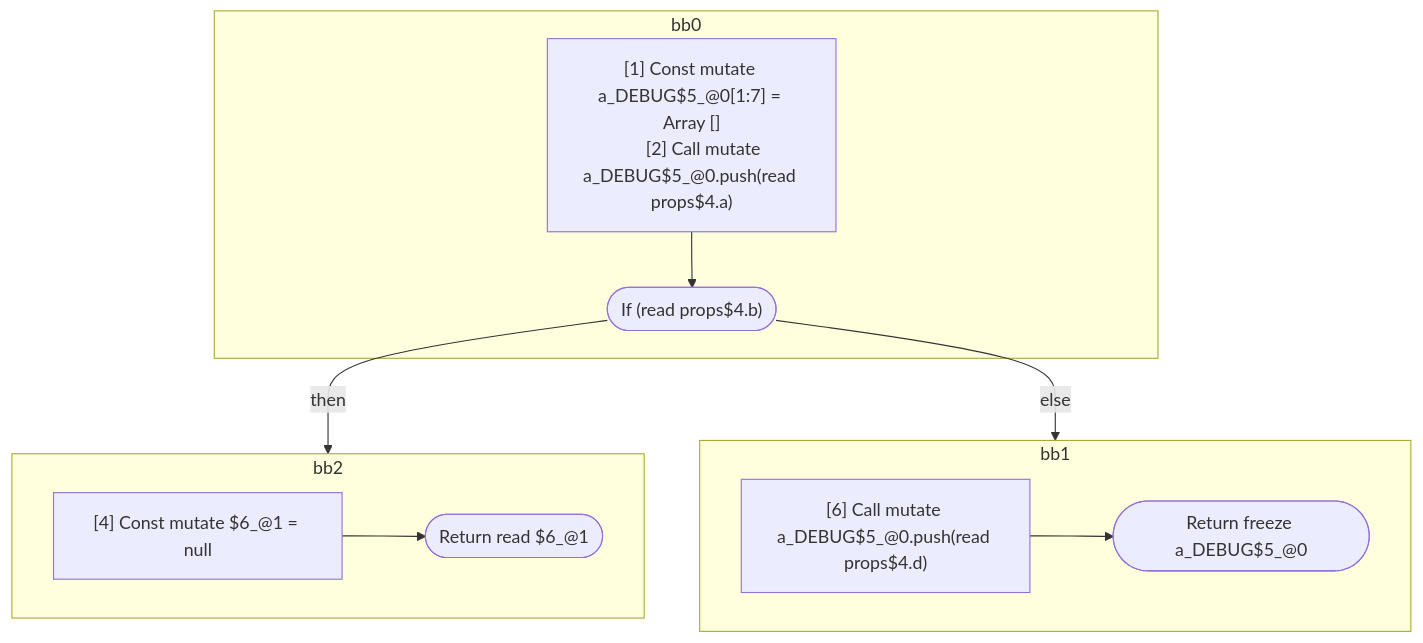
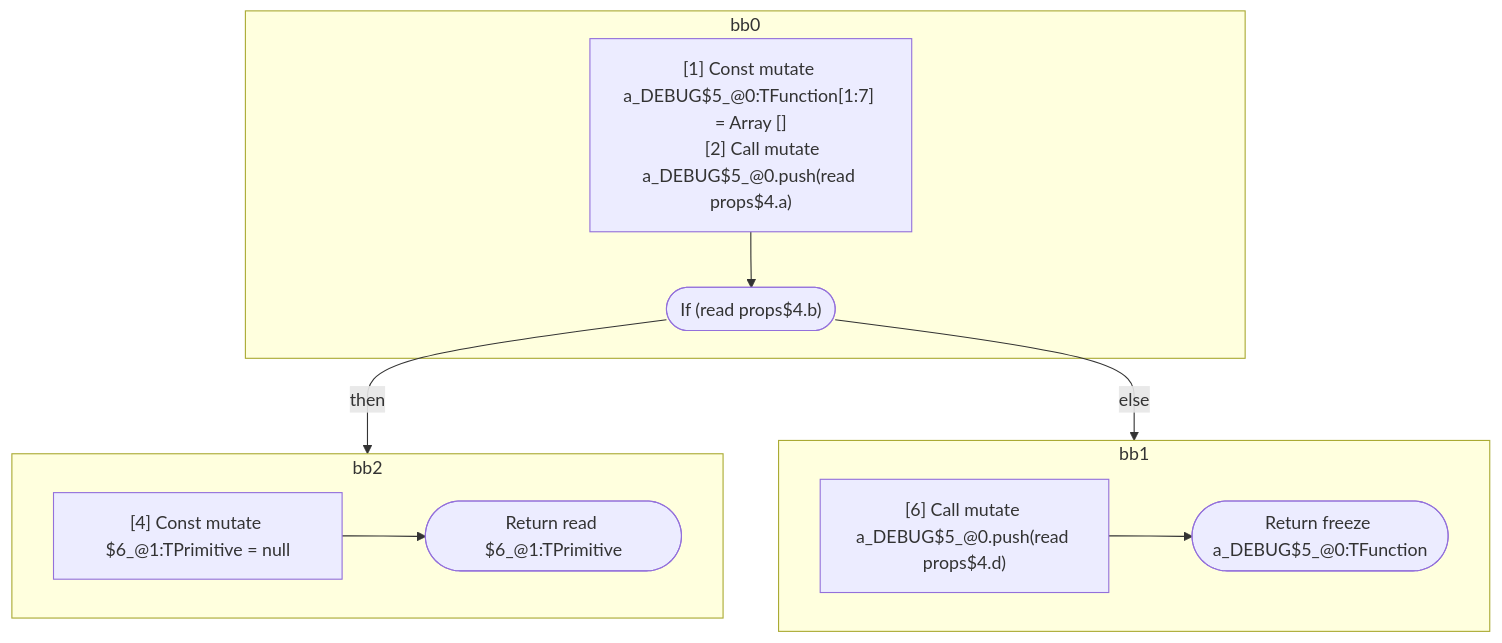
The first of 5 diagrams in compiler/forget/src/__tests__/fixtures/hir/conditional-break.expect.md (wutsmog/private), drawn with Mermaid before and after one commit. The commit also changed other lines of this file and 112 other files, not shown here.

````diff
--- a/compiler/forget/src/__tests__/fixtures/hir/conditional-break.expect.md
+++ b/compiler/forget/src/__tests__/fixtures/hir/conditional-break.expect.md
@@ -120,28 +120,28 @@
 ```mermaid
 flowchart TB
   %% Basic Blocks
   subgraph bb0
     bb0_instrs["
-      [1] Const mutate a_DEBUG$5_@0[1:7] = Array []
+      [1] Const mutate a_DEBUG$5_@0:TFunction[1:7] = Array []
       [2] Call mutate a_DEBUG$5_@0.push(read props$4.a)
     "]
     bb0_instrs --> bb0_terminal(["If (read props$4.b)"])
   end
   subgraph bb2
     bb2_instrs["
-      [4] Const mutate $6_@1 = null
+      [4] Const mutate $6_@1:TPrimitive = null
     "]
-    bb2_instrs --> bb2_terminal(["Return read $6_@1"])
+    bb2_instrs --> bb2_terminal(["Return read $6_@1:TPrimitive"])
   end
   subgraph bb1
     bb1_instrs["
       [6] Call mutate a_DEBUG$5_@0.push(read props$4.d)
     "]
-    bb1_instrs --> bb1_terminal(["Return freeze a_DEBUG$5_@0"])
+    bb1_instrs --> bb1_terminal(["Return freeze a_DEBUG$5_@0:TFunction"])
   end
 
   %% Jumps
   bb0_terminal -- "then" --> bb2
   bb0_terminal -- "else" --> bb1
 
 ```
````
